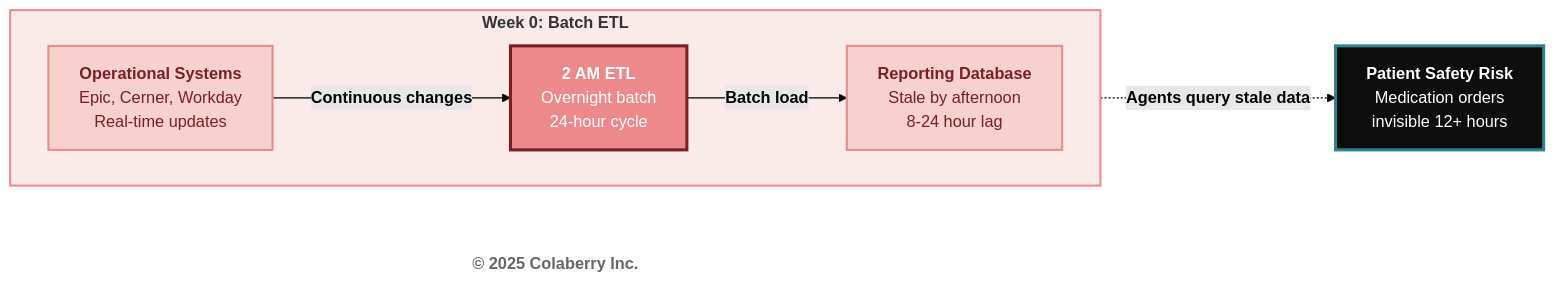
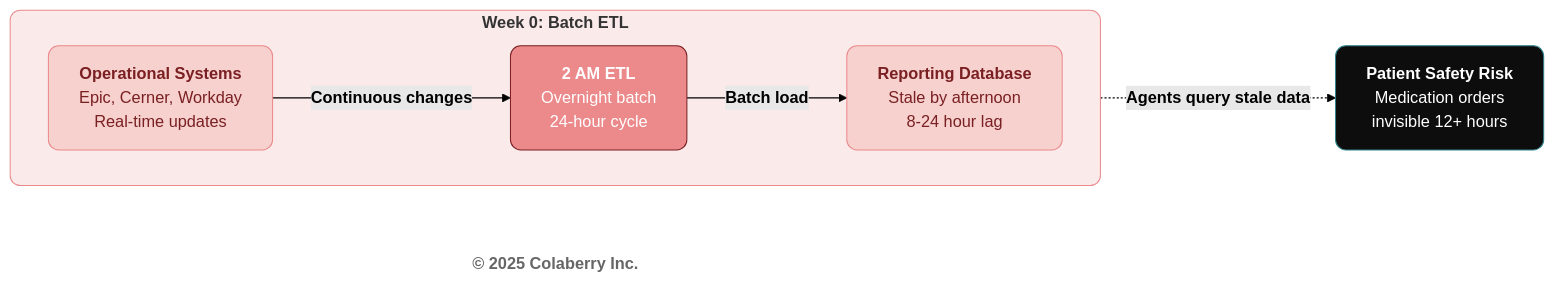
One commit to colaberry/trust-before-intelligence-book changed the fourth of 11 diagrams in manuscript/05_chapter_4_foundation_layers.md. Above: the diagram before and after it, drawn with Mermaid (forest theme). The commit also changed other lines of this file and 12 other files, not shown here.

````diff
--- a/manuscript/05_chapter_4_foundation_layers.md
+++ b/manuscript/05_chapter_4_foundation_layers.md
@@ -288,24 +288,24 @@
 ```mermaid
 graph LR
     subgraph ERA1["<b>Week 0: Batch ETL</b>"]
         direction LR
         OPS["<b>Operational Systems</b><br/>Epic, Cerner, Workday<br/>Real-time updates"]
         ETL["<b>2 AM ETL</b><br/>Overnight batch<br/>24-hour cycle"]
         REPORT["<b>Reporting Database</b><br/>Stale by afternoon<br/>8-24 hour lag"]
     end
     
     RISK["<b>Patient Safety Risk</b><br/>Medication orders<br/>invisible 12+ hours"]
     
     Copyright["<b>© 2025 Colaberry Inc.</b>"]
     
     OPS -->|<b>Continuous changes</b>| ETL
     ETL -->|<b>Batch load</b>| REPORT
     REPORT -.->|<b>Agents query stale data</b>| RISK
 
-    style ERA1 fill:#FBEAEA,stroke:#EB898B,stroke-width:2px
-    style OPS fill:#F6D1CE,stroke:#EB898B,stroke-width:2px,color:#7A1F22
-    style REPORT fill:#F6D1CE,stroke:#EB898B,stroke-width:2px,color:#7A1F22
-    style ETL fill:#EB898B,color:#ffffff,stroke:#7A1F22,stroke-width:3px
-    style RISK fill:#0D0D0D,color:#ffffff,stroke:#30838C,stroke-width:3px
-    style Copyright fill:#ffffff,stroke:none,color:#666666
+    style ERA1 fill:#FBEAEA,stroke:#EB898B,stroke-width:1px,rx:10,ry:10
+    style OPS fill:#F6D1CE,stroke:#EB898B,stroke-width:1px,color:#7A1F22,rx:10,ry:10
+    style REPORT fill:#F6D1CE,stroke:#EB898B,stroke-width:1px,color:#7A1F22,rx:10,ry:10
+    style ETL fill:#EB898B,color:#ffffff,stroke:#7A1F22,stroke-width:1px,rx:10,ry:10
+    style RISK fill:#0D0D0D,color:#ffffff,stroke:#30838C,stroke-width:1px,rx:10,ry:10
+    style Copyright fill:none,stroke:none,color:#666666
 ```
````
